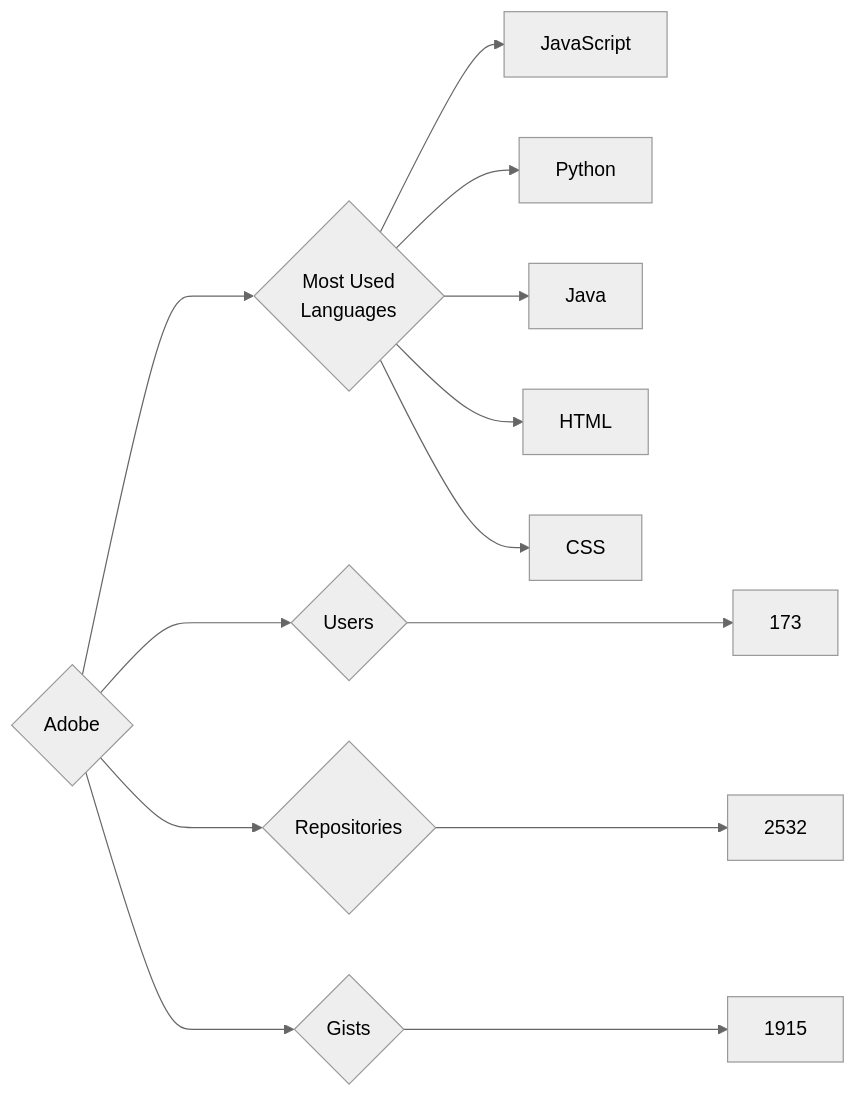
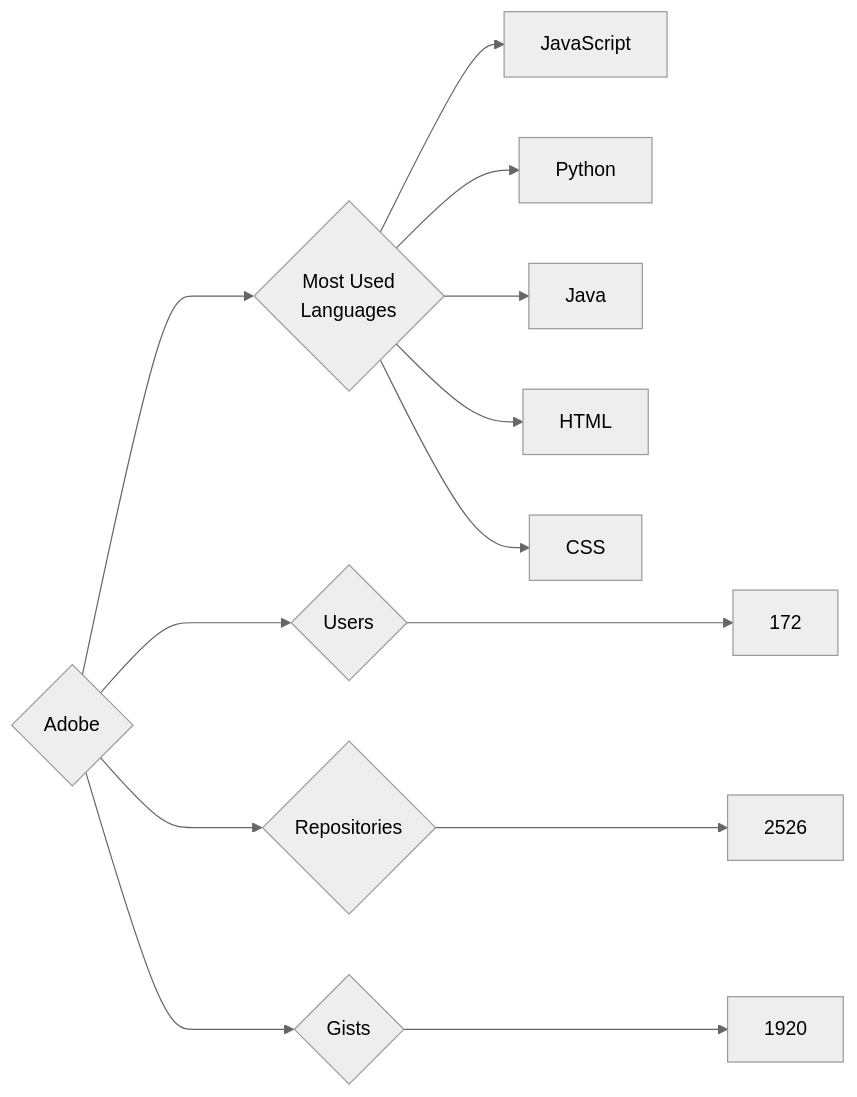
The diagram in targets/Adobe/README.md (trickest/insiders), drawn with Mermaid (neutral theme) before and after one commit. The commit also changed 1030 other files, not shown here.

````diff
--- a/targets/Adobe/README.md
+++ b/targets/Adobe/README.md
@@ -3,13 +3,13 @@
 ```mermaid
 graph LR
 COMPANY_NAME{Adobe}
-COMPANY_NAME ---> U{Users} ---> UN[173]
-COMPANY_NAME ---> R{Repositories} ---> RN[2532]
-COMPANY_NAME ---> G{Gists} ---> GN[1915]
+COMPANY_NAME ---> U{Users} ---> UN[172]
+COMPANY_NAME ---> R{Repositories} ---> RN[2526]
+COMPANY_NAME ---> G{Gists} ---> GN[1920]
 COMPANY_NAME ---> ML{Most Used<br>Languages}
 ML --> JavaScript[JavaScript]
 ML --> Python[Python]
 ML --> Java[Java]
 ML --> HTML[HTML]
 ML --> CSS[CSS]
 ```
````
